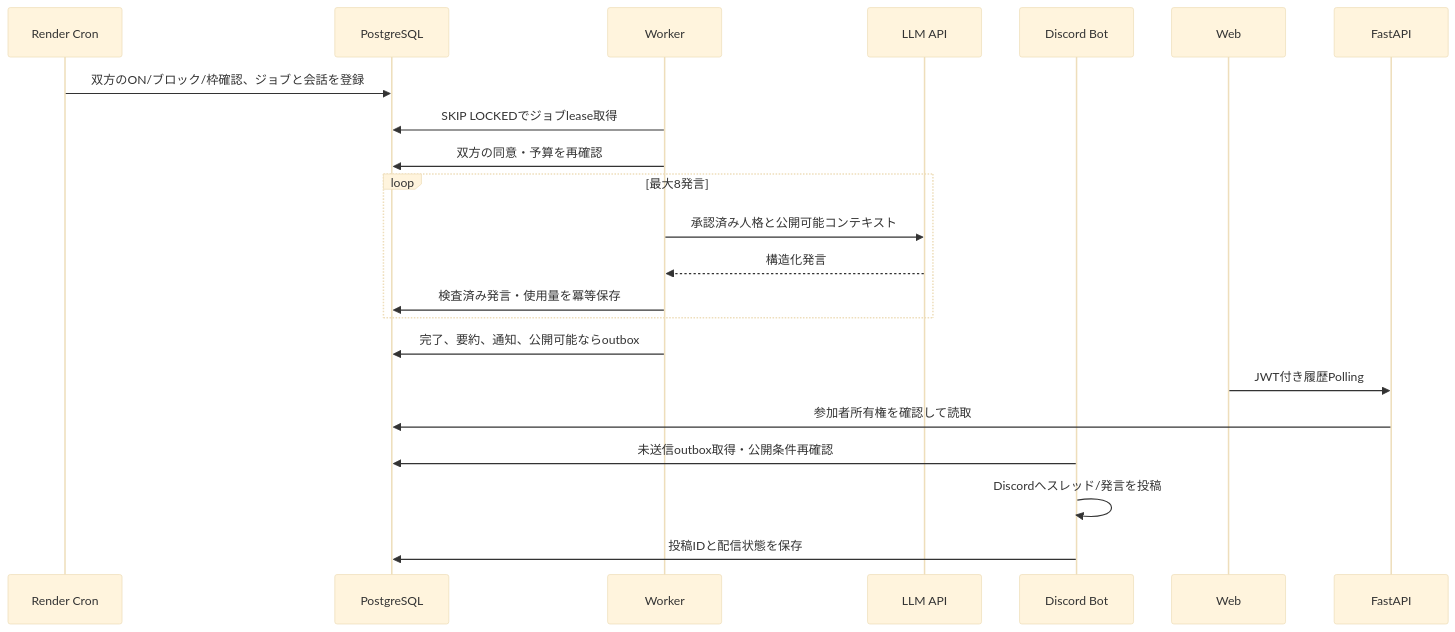
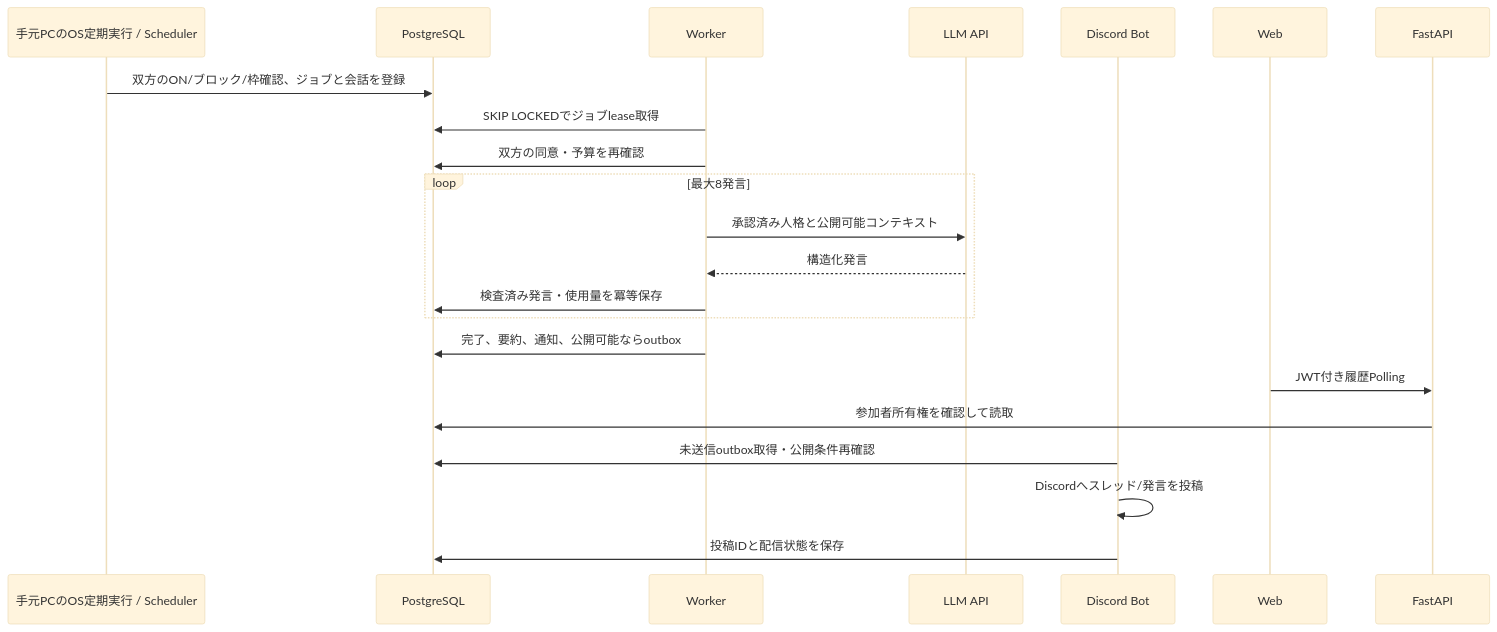
One commit to sskohei/Alter changed the diagram in docs/diagrams/sequence-diagram.md. Above: the diagram before and after it, drawn with Mermaid (base theme). The commit also changed 17 other files, not shown here.

````diff
--- a/docs/diagrams/sequence-diagram.md
+++ b/docs/diagrams/sequence-diagram.md
@@ -3,24 +3,24 @@
 ```mermaid
 sequenceDiagram
-  participant C as Render Cron
+  participant C as 手元PCのOS定期実行 / Scheduler
   participant D as PostgreSQL
   participant W as Worker
   participant L as LLM API
   participant B as Discord Bot
   participant U as Web
   participant A as FastAPI
   C->>D: 双方のON/ブロック/枠確認、ジョブと会話を登録
   W->>D: SKIP LOCKEDでジョブlease取得
   W->>D: 双方の同意・予算を再確認
   loop 最大8発言
     W->>L: 承認済み人格と公開可能コンテキスト
     L-->>W: 構造化発言
     W->>D: 検査済み発言・使用量を冪等保存
   end
   W->>D: 完了、要約、通知、公開可能ならoutbox
   U->>A: JWT付き履歴Polling
   A->>D: 参加者所有権を確認して読取
   B->>D: 未送信outbox取得・公開条件再確認
   B->>B: Discordへスレッド/発言を投稿
   B->>D: 投稿IDと配信状態を保存
 ```
````
